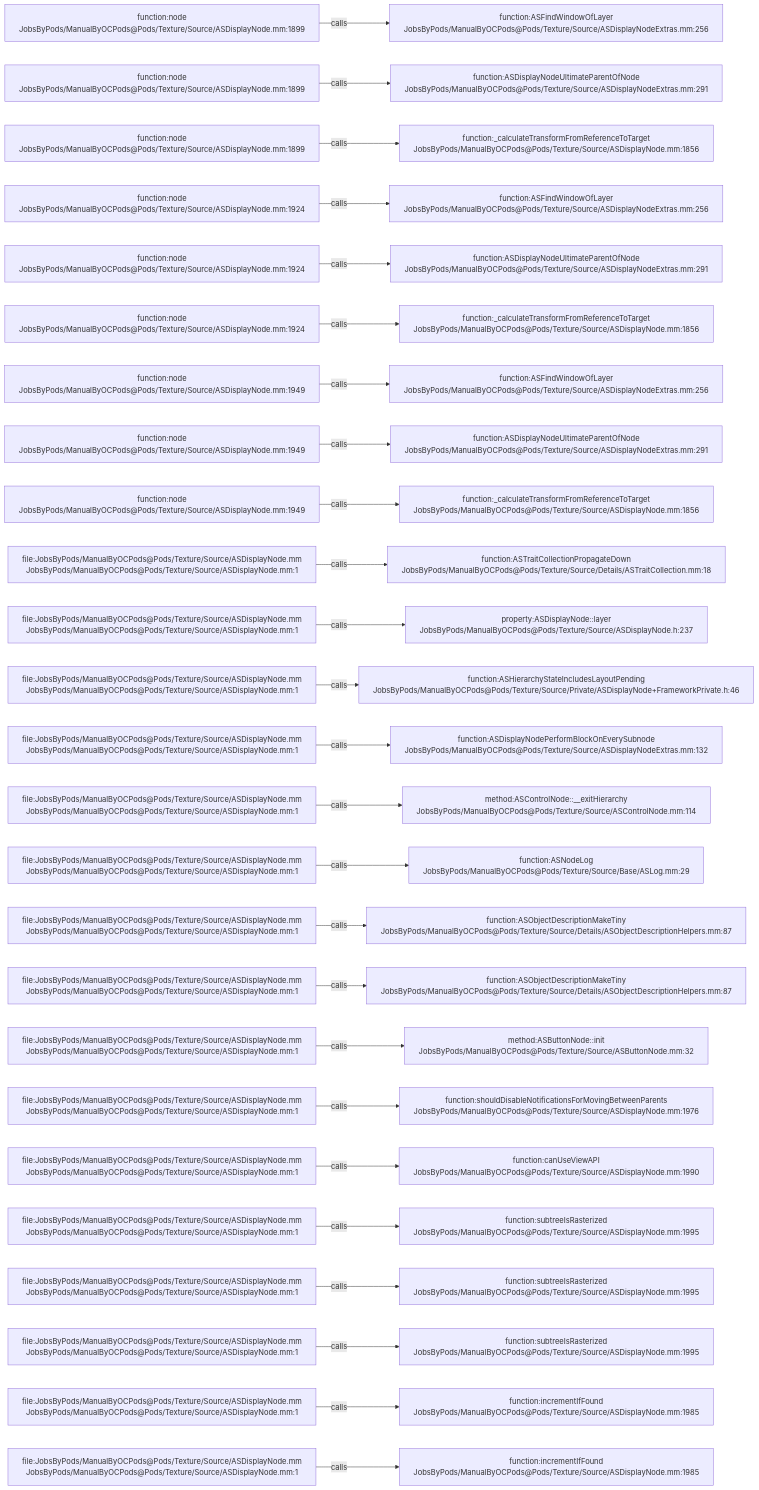
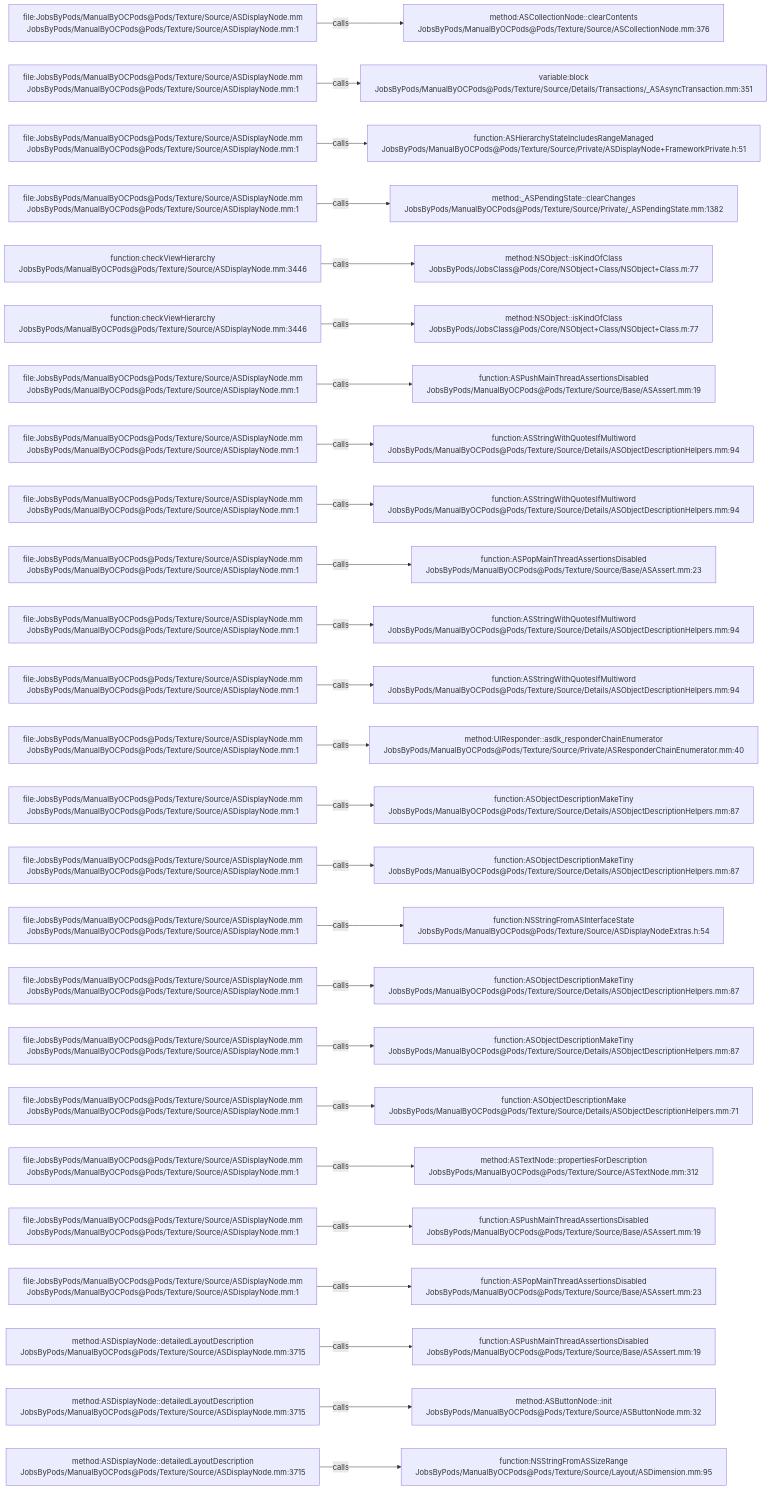
Before and after one commit to JobsKits/JobsOCBaseConfigDemo: the diagram in .codegraph/codegraph.md/graphs/calls-102.md, drawn with Mermaid. The commit also changed 1353 other files, not shown here.

````diff
--- a/.codegraph/codegraph.md/graphs/calls-102.md
+++ b/.codegraph/codegraph.md/graphs/calls-102.md
@@ -13,78 +13,78 @@
 ```mermaid
 flowchart LR
-  S1["function:node<br/>JobsByPods/ManualByOCPods@Pods/Texture/Source/ASDisplayNode.mm:1899"]
-  T1["function:ASFindWindowOfLayer<br/>JobsByPods/ManualByOCPods@Pods/Texture/Source/ASDisplayNodeExtras.mm:256"]
+  S1["file:JobsByPods/ManualByOCPods@Pods/Texture/Source/ASDisplayNode.mm<br/>JobsByPods/ManualByOCPods@Pods/Texture/Source/ASDisplayNode.mm:1"]
+  T1["method:ASCollectionNode::clearContents<br/>JobsByPods/ManualByOCPods@Pods/Texture/Source/ASCollectionNode.mm:376"]
   S1 -->|calls| T1
-  S2["function:node<br/>JobsByPods/ManualByOCPods@Pods/Texture/Source/ASDisplayNode.mm:1899"]
-  T2["function:ASDisplayNodeUltimateParentOfNode<br/>JobsByPods/ManualByOCPods@Pods/Texture/Source/ASDisplayNodeExtras.mm:291"]
+  S2["file:JobsByPods/ManualByOCPods@Pods/Texture/Source/ASDisplayNode.mm<br/>JobsByPods/ManualByOCPods@Pods/Texture/Source/ASDisplayNode.mm:1"]
+  T2["variable:block<br/>JobsByPods/ManualByOCPods@Pods/Texture/Source/Details/Transactions/_ASAsyncTransaction.mm:351"]
   S2 -->|calls| T2
-  S3["function:node<br/>JobsByPods/ManualByOCPods@Pods/Texture/Source/ASDisplayNode.mm:1899"]
-  T3["function:_calculateTransformFromReferenceToTarget<br/>JobsByPods/ManualByOCPods@Pods/Texture/Source/ASDisplayNode.mm:1856"]
+  S3["file:JobsByPods/ManualByOCPods@Pods/Texture/Source/ASDisplayNode.mm<br/>JobsByPods/ManualByOCPods@Pods/Texture/Source/ASDisplayNode.mm:1"]
+  T3["function:ASHierarchyStateIncludesRangeManaged<br/>JobsByPods/ManualByOCPods@Pods/Texture/Source/Private/ASDisplayNode+FrameworkPrivate.h:51"]
   S3 -->|calls| T3
-  S4["function:node<br/>JobsByPods/ManualByOCPods@Pods/Texture/Source/ASDisplayNode.mm:1924"]
-  T4["function:ASFindWindowOfLayer<br/>JobsByPods/ManualByOCPods@Pods/Texture/Source/ASDisplayNodeExtras.mm:256"]
+  S4["file:JobsByPods/ManualByOCPods@Pods/Texture/Source/ASDisplayNode.mm<br/>JobsByPods/ManualByOCPods@Pods/Texture/Source/ASDisplayNode.mm:1"]
+  T4["method:_ASPendingState::clearChanges<br/>JobsByPods/ManualByOCPods@Pods/Texture/Source/Private/_ASPendingState.mm:1382"]
   S4 -->|calls| T4
-  S5["function:node<br/>JobsByPods/ManualByOCPods@Pods/Texture/Source/ASDisplayNode.mm:1924"]
-  T5["function:ASDisplayNodeUltimateParentOfNode<br/>JobsByPods/ManualByOCPods@Pods/Texture/Source/ASDisplayNodeExtras.mm:291"]
+  S5["function:checkViewHierarchy<br/>JobsByPods/ManualByOCPods@Pods/Texture/Source/ASDisplayNode.mm:3446"]
+  T5["method:NSObject::isKindOfClass<br/>JobsByPods/JobsClass@Pods/Core/NSObject+Class/NSObject+Class.m:77"]
   S5 -->|calls| T5
-  S6["function:node<br/>JobsByPods/ManualByOCPods@Pods/Texture/Source/ASDisplayNode.mm:1924"]
-  T6["function:_calculateTransformFromReferenceToTarget<br/>JobsByPods/ManualByOCPods@Pods/Texture/Source/ASDisplayNode.mm:1856"]
+  S6["function:checkViewHierarchy<br/>JobsByPods/ManualByOCPods@Pods/Texture/Source/ASDisplayNode.mm:3446"]
+  T6["method:NSObject::isKindOfClass<br/>JobsByPods/JobsClass@Pods/Core/NSObject+Class/NSObject+Class.m:77"]
   S6 -->|calls| T6
-  S7["function:node<br/>JobsByPods/ManualByOCPods@Pods/Texture/Source/ASDisplayNode.mm:1949"]
-  T7["function:ASFindWindowOfLayer<br/>JobsByPods/ManualByOCPods@Pods/Texture/Source/ASDisplayNodeExtras.mm:256"]
+  S7["file:JobsByPods/ManualByOCPods@Pods/Texture/Source/ASDisplayNode.mm<br/>JobsByPods/ManualByOCPods@Pods/Texture/Source/ASDisplayNode.mm:1"]
+  T7["function:ASPushMainThreadAssertionsDisabled<br/>JobsByPods/ManualByOCPods@Pods/Texture/Source/Base/ASAssert.mm:19"]
   S7 -->|calls| T7
-  S8["function:node<br/>JobsByPods/ManualByOCPods@Pods/Texture/Source/ASDisplayNode.mm:1949"]
-  T8["function:ASDisplayNodeUltimateParentOfNode<br/>JobsByPods/ManualByOCPods@Pods/Texture/Source/ASDisplayNodeExtras.mm:291"]
+  S8["file:JobsByPods/ManualByOCPods@Pods/Texture/Source/ASDisplayNode.mm<br/>JobsByPods/ManualByOCPods@Pods/Texture/Source/ASDisplayNode.mm:1"]
+  T8["function:ASStringWithQuotesIfMultiword<br/>JobsByPods/ManualByOCPods@Pods/Texture/Source/Details/ASObjectDescriptionHelpers.mm:94"]
   S8 -->|calls| T8
-  S9["function:node<br/>JobsByPods/ManualByOCPods@Pods/Texture/Source/ASDisplayNode.mm:1949"]
-  T9["function:_calculateTransformFromReferenceToTarget<br/>JobsByPods/ManualByOCPods@Pods/Texture/Source/ASDisplayNode.mm:1856"]
+  S9["file:JobsByPods/ManualByOCPods@Pods/Texture/Source/ASDisplayNode.mm<br/>JobsByPods/ManualByOCPods@Pods/Texture/Source/ASDisplayNode.mm:1"]
+  T9["function:ASStringWithQuotesIfMultiword<br/>JobsByPods/ManualByOCPods@Pods/Texture/Source/Details/ASObjectDescriptionHelpers.mm:94"]
   S9 -->|calls| T9
   S10["file:JobsByPods/ManualByOCPods@Pods/Texture/Source/ASDisplayNode.mm<br/>JobsByPods/ManualByOCPods@Pods/Texture/Source/ASDisplayNode.mm:1"]
-  T10["function:ASTraitCollectionPropagateDown<br/>JobsByPods/ManualByOCPods@Pods/Texture/Source/Details/ASTraitCollection.mm:18"]
+  T10["function:ASPopMainThreadAssertionsDisabled<br/>JobsByPods/ManualByOCPods@Pods/Texture/Source/Base/ASAssert.mm:23"]
   S10 -->|calls| T10
   S11["file:JobsByPods/ManualByOCPods@Pods/Texture/Source/ASDisplayNode.mm<br/>JobsByPods/ManualByOCPods@Pods/Texture/Source/ASDisplayNode.mm:1"]
-  T11["property:ASDisplayNode::layer<br/>JobsByPods/ManualByOCPods@Pods/Texture/Source/ASDisplayNode.h:237"]
+  T11["function:ASStringWithQuotesIfMultiword<br/>JobsByPods/ManualByOCPods@Pods/Texture/Source/Details/ASObjectDescriptionHelpers.mm:94"]
   S11 -->|calls| T11
   S12["file:JobsByPods/ManualByOCPods@Pods/Texture/Source/ASDisplayNode.mm<br/>JobsByPods/ManualByOCPods@Pods/Texture/Source/ASDisplayNode.mm:1"]
-  T12["function:ASHierarchyStateIncludesLayoutPending<br/>JobsByPods/ManualByOCPods@Pods/Texture/Source/Private/ASDisplayNode+FrameworkPrivate.h:46"]
+  T12["function:ASStringWithQuotesIfMultiword<br/>JobsByPods/ManualByOCPods@Pods/Texture/Source/Details/ASObjectDescriptionHelpers.mm:94"]
   S12 -->|calls| T12
   S13["file:JobsByPods/ManualByOCPods@Pods/Texture/Source/ASDisplayNode.mm<br/>JobsByPods/ManualByOCPods@Pods/Texture/Source/ASDisplayNode.mm:1"]
-  T13["function:ASDisplayNodePerformBlockOnEverySubnode<br/>JobsByPods/ManualByOCPods@Pods/Texture/Source/ASDisplayNodeExtras.mm:132"]
+  T13["method:UIResponder::asdk_responderChainEnumerator<br/>JobsByPods/ManualByOCPods@Pods/Texture/Source/Private/ASResponderChainEnumerator.mm:40"]
   S13 -->|calls| T13
   S14["file:JobsByPods/ManualByOCPods@Pods/Texture/Source/ASDisplayNode.mm<br/>JobsByPods/ManualByOCPods@Pods/Texture/Source/ASDisplayNode.mm:1"]
-  T14["method:ASControlNode::__exitHierarchy<br/>JobsByPods/ManualByOCPods@Pods/Texture/Source/ASControlNode.mm:114"]
+  T14["function:ASObjectDescriptionMakeTiny<br/>JobsByPods/ManualByOCPods@Pods/Texture/Source/Details/ASObjectDescriptionHelpers.mm:87"]
   S14 -->|calls| T14
   S15["file:JobsByPods/ManualByOCPods@Pods/Texture/Source/ASDisplayNode.mm<br/>JobsByPods/ManualByOCPods@Pods/Texture/Source/ASDisplayNode.mm:1"]
-  T15["function:ASNodeLog<br/>JobsByPods/ManualByOCPods@Pods/Texture/Source/Base/ASLog.mm:29"]
+  T15["function:ASObjectDescriptionMakeTiny<br/>JobsByPods/ManualByOCPods@Pods/Texture/Source/Details/ASObjectDescriptionHelpers.mm:87"]
   S15 -->|calls| T15
   S16["file:JobsByPods/ManualByOCPods@Pods/Texture/Source/ASDisplayNode.mm<br/>JobsByPods/ManualByOCPods@Pods/Texture/Source/ASDisplayNode.mm:1"]
-  T16["function:ASObjectDescriptionMakeTiny<br/>JobsByPods/ManualByOCPods@Pods/Texture/Source/Details/ASObjectDescriptionHelpers.mm:87"]
+  T16["function:NSStringFromASInterfaceState<br/>JobsByPods/ManualByOCPods@Pods/Texture/Source/ASDisplayNodeExtras.h:54"]
   S16 -->|calls| T16
   S17["file:JobsByPods/ManualByOCPods@Pods/Texture/Source/ASDisplayNode.mm<br/>JobsByPods/ManualByOCPods@Pods/Texture/Source/ASDisplayNode.mm:1"]
   T17["function:ASObjectDescriptionMakeTiny<br/>JobsByPods/ManualByOCPods@Pods/Texture/Source/Details/ASObjectDescriptionHelpers.mm:87"]
   S17 -->|calls| T17
   S18["file:JobsByPods/ManualByOCPods@Pods/Texture/Source/ASDisplayNode.mm<br/>JobsByPods/ManualByOCPods@Pods/Texture/Source/ASDisplayNode.mm:1"]
-  T18["method:ASButtonNode::init<br/>JobsByPods/ManualByOCPods@Pods/Texture/Source/ASButtonNode.mm:32"]
+  T18["function:ASObjectDescriptionMakeTiny<br/>JobsByPods/ManualByOCPods@Pods/Texture/Source/Details/ASObjectDescriptionHelpers.mm:87"]
   S18 -->|calls| T18
   S19["file:JobsByPods/ManualByOCPods@Pods/Texture/Source/ASDisplayNode.mm<br/>JobsByPods/ManualByOCPods@Pods/Texture/Source/ASDisplayNode.mm:1"]
-  T19["function:shouldDisableNotificationsForMovingBetweenParents<br/>JobsByPods/ManualByOCPods@Pods/Texture/Source/ASDisplayNode.mm:1976"]
+  T19["function:ASObjectDescriptionMake<br/>JobsByPods/ManualByOCPods@Pods/Texture/Source/Details/ASObjectDescriptionHelpers.mm:71"]
   S19 -->|calls| T19
   S20["file:JobsByPods/ManualByOCPods@Pods/Texture/Source/ASDisplayNode.mm<br/>JobsByPods/ManualByOCPods@Pods/Texture/Source/ASDisplayNode.mm:1"]
-  T20["function:canUseViewAPI<br/>JobsByPods/ManualByOCPods@Pods/Texture/Source/ASDisplayNode.mm:1990"]
+  T20["method:ASTextNode::propertiesForDescription<br/>JobsByPods/ManualByOCPods@Pods/Texture/Source/ASTextNode.mm:312"]
   S20 -->|calls| T20
   S21["file:JobsByPods/ManualByOCPods@Pods/Texture/Source/ASDisplayNode.mm<br/>JobsByPods/ManualByOCPods@Pods/Texture/Source/ASDisplayNode.mm:1"]
-  T21["function:subtreeIsRasterized<br/>JobsByPods/ManualByOCPods@Pods/Texture/Source/ASDisplayNode.mm:1995"]
+  T21["function:ASPushMainThreadAssertionsDisabled<br/>JobsByPods/ManualByOCPods@Pods/Texture/Source/Base/ASAssert.mm:19"]
   S21 -->|calls| T21
   S22["file:JobsByPods/ManualByOCPods@Pods/Texture/Source/ASDisplayNode.mm<br/>JobsByPods/ManualByOCPods@Pods/Texture/Source/ASDisplayNode.mm:1"]
-  T22["function:subtreeIsRasterized<br/>JobsByPods/ManualByOCPods@Pods/Texture/Source/ASDisplayNode.mm:1995"]
+  T22["function:ASPopMainThreadAssertionsDisabled<br/>JobsByPods/ManualByOCPods@Pods/Texture/Source/Base/ASAssert.mm:23"]
   S22 -->|calls| T22
-  S23["file:JobsByPods/ManualByOCPods@Pods/Texture/Source/ASDisplayNode.mm<br/>JobsByPods/ManualByOCPods@Pods/Texture/Source/ASDisplayNode.mm:1"]
-  T23["function:subtreeIsRasterized<br/>JobsByPods/ManualByOCPods@Pods/Texture/Source/ASDisplayNode.mm:1995"]
+  S23["method:ASDisplayNode::detailedLayoutDescription<br/>JobsByPods/ManualByOCPods@Pods/Texture/Source/ASDisplayNode.mm:3715"]
+  T23["function:ASPushMainThreadAssertionsDisabled<br/>JobsByPods/ManualByOCPods@Pods/Texture/Source/Base/ASAssert.mm:19"]
   S23 -->|calls| T23
-  S24["file:JobsByPods/ManualByOCPods@Pods/Texture/Source/ASDisplayNode.mm<br/>JobsByPods/ManualByOCPods@Pods/Texture/Source/ASDisplayNode.mm:1"]
-  T24["function:incrementIfFound<br/>JobsByPods/ManualByOCPods@Pods/Texture/Source/ASDisplayNode.mm:1985"]
+  S24["method:ASDisplayNode::detailedLayoutDescription<br/>JobsByPods/ManualByOCPods@Pods/Texture/Source/ASDisplayNode.mm:3715"]
+  T24["method:ASButtonNode::init<br/>JobsByPods/ManualByOCPods@Pods/Texture/Source/ASButtonNode.mm:32"]
   S24 -->|calls| T24
-  S25["file:JobsByPods/ManualByOCPods@Pods/Texture/Source/ASDisplayNode.mm<br/>JobsByPods/ManualByOCPods@Pods/Texture/Source/ASDisplayNode.mm:1"]
-  T25["function:incrementIfFound<br/>JobsByPods/ManualByOCPods@Pods/Texture/Source/ASDisplayNode.mm:1985"]
+  S25["method:ASDisplayNode::detailedLayoutDescription<br/>JobsByPods/ManualByOCPods@Pods/Texture/Source/ASDisplayNode.mm:3715"]
+  T25["function:NSStringFromASSizeRange<br/>JobsByPods/ManualByOCPods@Pods/Texture/Source/Layout/ASDimension.mm:95"]
   S25 -->|calls| T25
 ```
````
